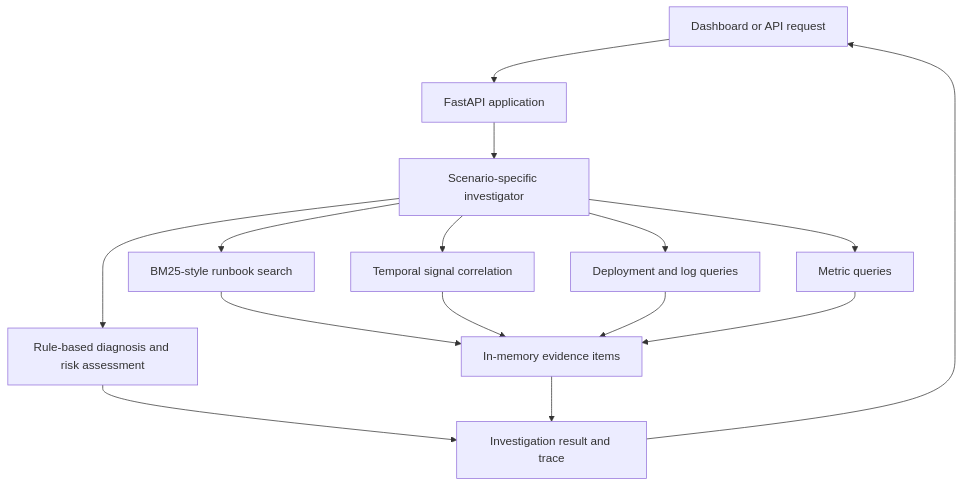
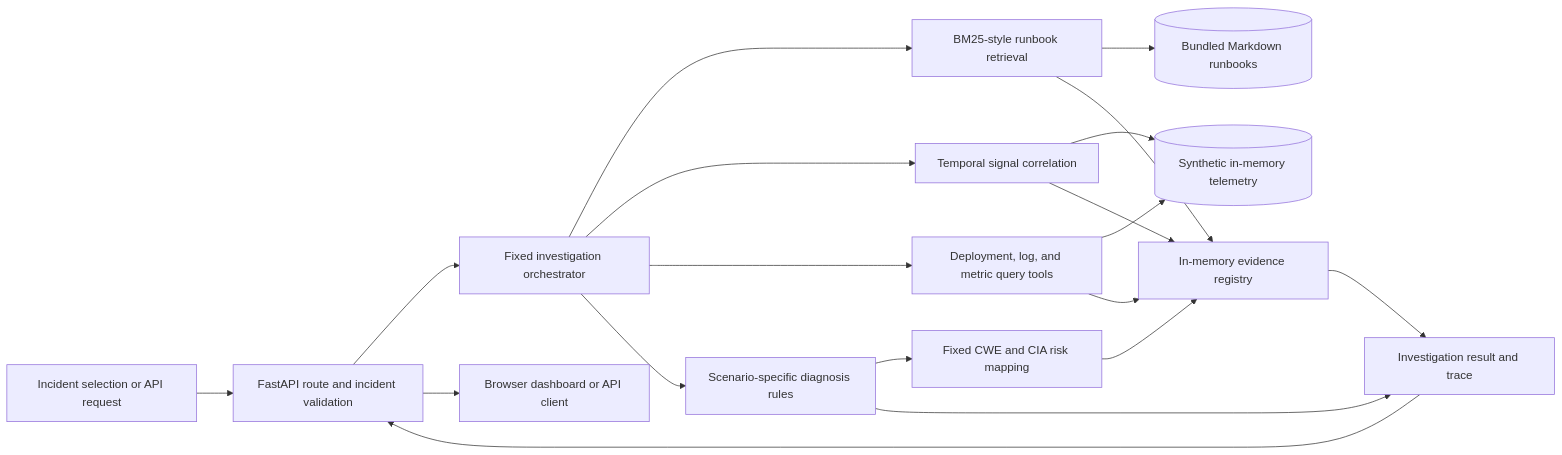
One commit to kanimozhiraja14/Ai_investigator changed the first of 2 diagrams in README.md. Above: the diagram before and after it, drawn with Mermaid. The commit also changed other lines of this file, not shown here.

Commit message:
feat: upgrade incident investigator platform

````diff
--- a/README.md
+++ b/README.md
@@ -37,17 +74,21 @@
 ```mermaid
-flowchart TD
-    U[Dashboard or API request] --> A[FastAPI application]
-    A --> I[Scenario-specific investigator]
-    I --> R[BM25-style runbook search]
-    I --> C[Temporal signal correlation]
-    I --> D[Deployment and log queries]
-    I --> M[Metric queries]
-    I --> S[Rule-based diagnosis and risk assessment]
-    R --> E[In-memory evidence items]
+flowchart LR
+    U[Incident selection or API request] --> A[FastAPI route and incident validation]
+    A --> O[Fixed investigation orchestrator]
+    O --> R[BM25-style runbook retrieval]
+    R --> RB[(Bundled Markdown runbooks)]
+    O --> C[Temporal signal correlation]
+    O --> T[Deployment, log, and metric query tools]
+    C --> F[(Synthetic in-memory telemetry)]
+    T --> F
+    R --> E[In-memory evidence registry]
     C --> E
-    D --> E
-    M --> E
-    S --> O[Investigation result and trace]
-    E --> O
-    O --> U
+    T --> E
+    O --> D[Scenario-specific diagnosis rules]
+    D --> K[Fixed CWE and CIA risk mapping]
+    K --> E
+    D --> Q[Investigation result and trace]
+    E --> Q
+    Q --> A
+    A --> W[Browser dashboard or API client]
 ```
````
